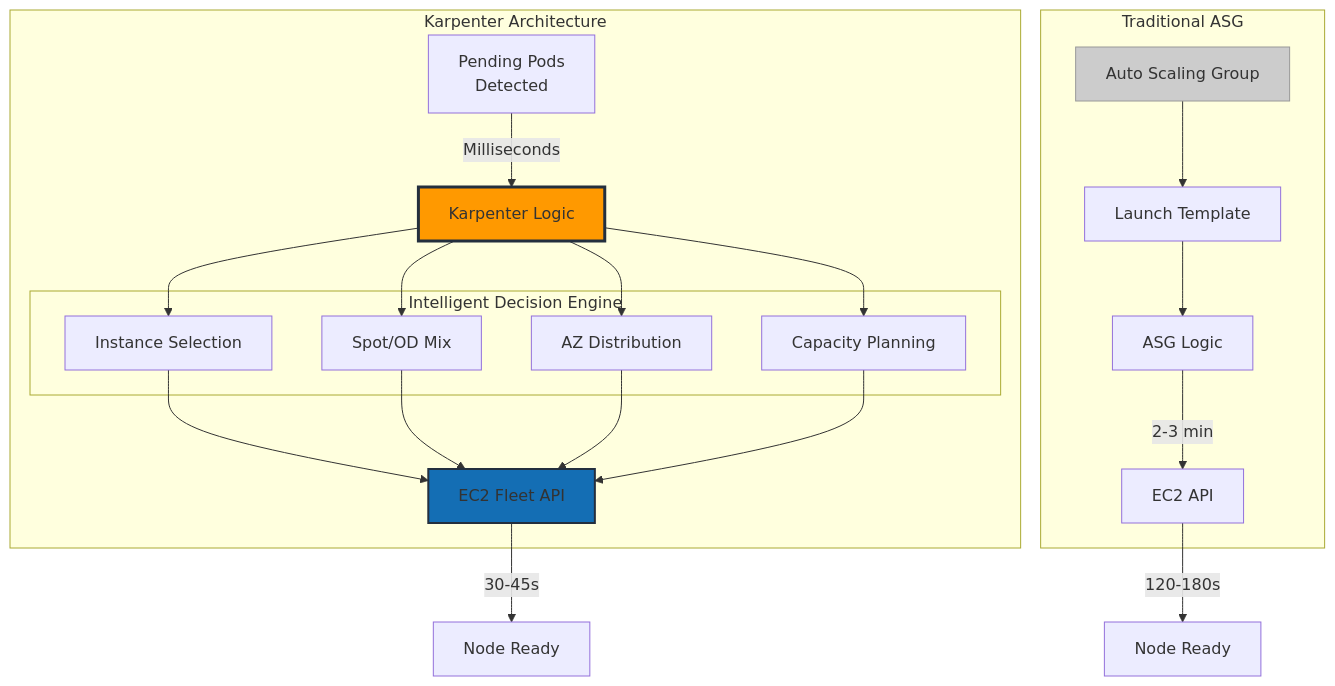
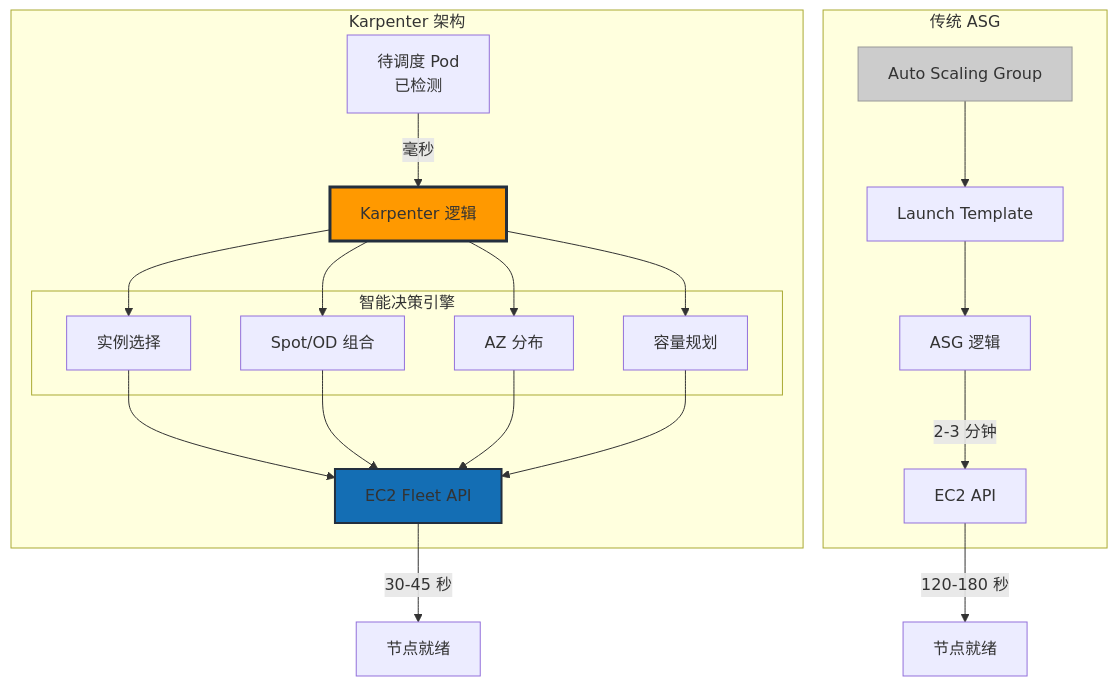
Before and after one commit to devfloor9/engineering-playbook: the fourth of 18 diagrams in i18n/zh/docusaurus-plugin-content-docs/current/infrastructure-optimization/karpenter-autoscaling.md, drawn with Mermaid. The commit also changed other lines of this file and 43 other files, not shown here.

````diff
--- a/i18n/zh/docusaurus-plugin-content-docs/current/infrastructure-optimization/karpenter-autoscaling.md
+++ b/i18n/zh/docusaurus-plugin-content-docs/current/infrastructure-optimization/karpenter-autoscaling.md
@@ -69,45 +298,45 @@
 ```mermaid
 graph TB
-    subgraph "Karpenter Architecture"
-        PP[Pending Pods<br/>Detected]
-        KL[Karpenter Logic]
+    subgraph "Karpenter 架构"
+        PP[待调度 Pod<br/>已检测]
+        KL[Karpenter 逻辑]
         EC2[EC2 Fleet API]
 
-        PP -->|Milliseconds| KL
+        PP -->|毫秒| KL
 
-        subgraph "Intelligent Decision Engine"
-            IS[Instance Selection]
-            SP[Spot/OD Mix]
-            AZ[AZ Distribution]
-            CP[Capacity Planning]
+        subgraph "智能决策引擎"
+            IS[实例选择]
+            SP[Spot/OD 组合]
+            AZ[AZ 分布]
+            CP[容量规划]
         end
 
         KL --> IS
         KL --> SP
         KL --> AZ
         KL --> CP
 
         IS --> EC2
         SP --> EC2
         AZ --> EC2
         CP --> EC2
     end
 
-    subgraph "Traditional ASG"
+    subgraph "传统 ASG"
         ASG[Auto Scaling Group]
         LT[Launch Template]
-        ASGL[ASG Logic]
+        ASGL[ASG 逻辑]
 
         ASG --> LT
         LT --> ASGL
-        ASGL -->|2-3 min| EC2_OLD[EC2 API]
+        ASGL -->|2-3 分钟| EC2_OLD[EC2 API]
     end
 
-    EC2 -->|30-45s| NODE[Node Ready]
-    EC2_OLD -->|120-180s| NODE_OLD[Node Ready]
+    EC2 -->|30-45 秒| NODE[节点就绪]
+    EC2_OLD -->|120-180 秒| NODE_OLD[节点就绪]
 
     style KL fill:#ff9900,stroke:#232f3e,stroke-width:3px
     style EC2 fill:#146eb4,stroke:#232f3e,stroke-width:2px
     style ASG fill:#cccccc,stroke:#999999
 
 ```
````
